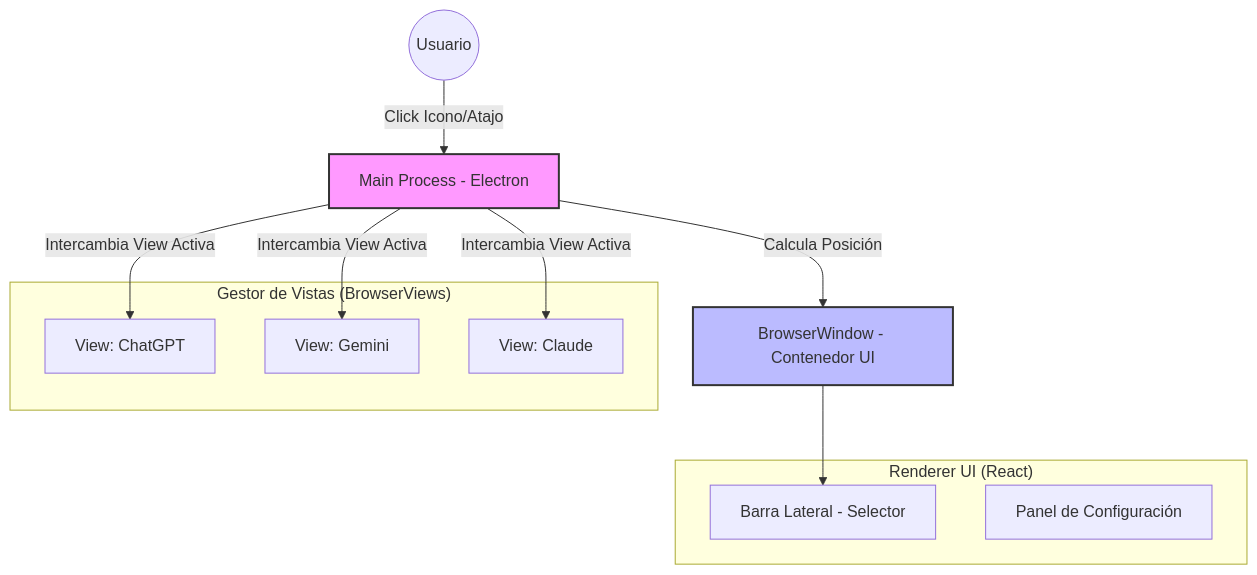
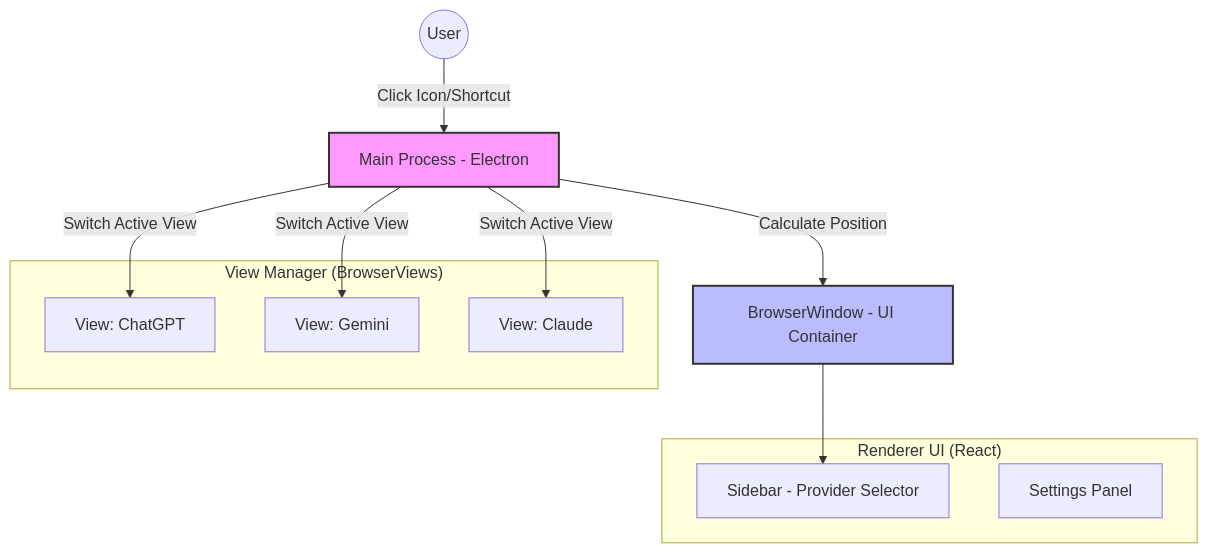
The diagram in README.md (murapadev/NeuralDeck), drawn with Mermaid before and after one commit. The commit also changed other lines of this file and 23 other files, not shown here.

First line of the commit message:
feat: major refactoring with CI/CD and modular architecture

````diff
--- a/README.md
+++ b/README.md
@@ -36,25 +42,25 @@
 ```mermaid
 graph TD
-    User((Usuario)) -->|Click Icono/Atajo| Main[Main Process - Electron]
-    Main -->|Calcula Posición| Window[BrowserWindow - Contenedor UI]
-    
+    User((User)) -->|Click Icon/Shortcut| Main[Main Process - Electron]
+    Main -->|Calculate Position| Window[BrowserWindow - UI Container]
+
     subgraph "Renderer UI (React)"
-        Sidebar[Barra Lateral - Selector]
-        Settings[Panel de Configuración]
+        Sidebar[Sidebar - Provider Selector]
+        Settings[Settings Panel]
     end
-    
+
     Window --> Sidebar
-    
-    subgraph "Gestor de Vistas (BrowserViews)"
+
+    subgraph "View Manager (BrowserViews)"
         ChatGPT[View: ChatGPT]
         Gemini[View: Gemini]
         Claude[View: Claude]
     end
-    
-    Main -->|Intercambia View Activa| ChatGPT
-    Main -->|Intercambia View Activa| Gemini
-    Main -->|Intercambia View Activa| Claude
-    
+
+    Main -->|Switch Active View| ChatGPT
+    Main -->|Switch Active View| Gemini
+    Main -->|Switch Active View| Claude
+
     style Main fill:#f9f,stroke:#333,stroke-width:2px
     style Window fill:#bbf,stroke:#333,stroke-width:2px
 ```
````
